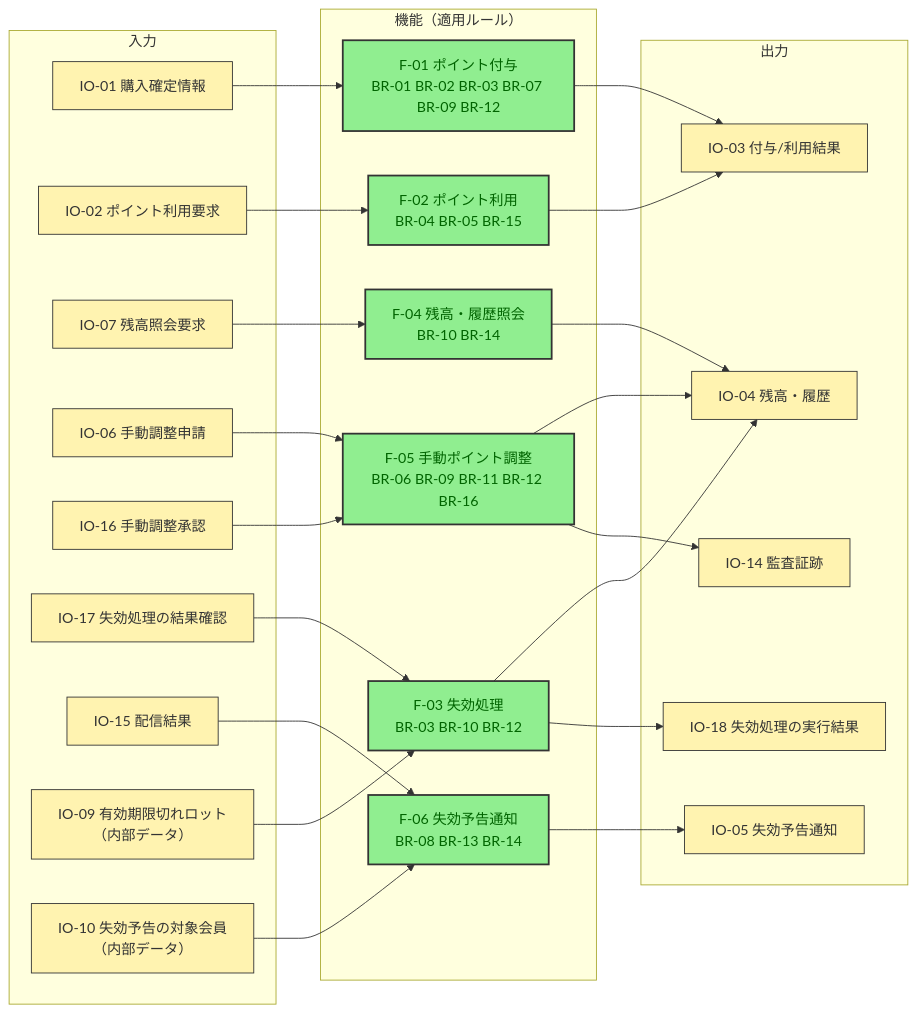
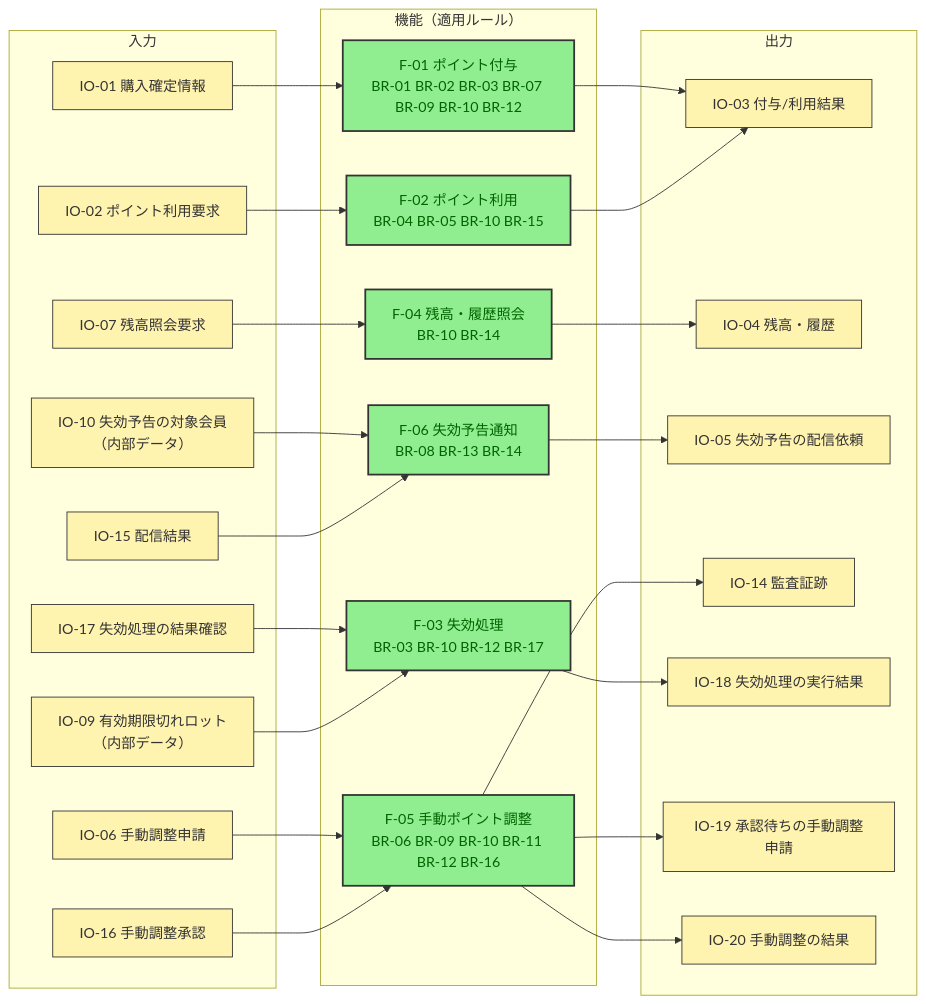
Before and after one commit to kasiopeiya/claude-dev-template: the ninth of 15 diagrams in samples/docs/requirements.md, drawn with Mermaid. The commit also changed other lines of this file, not shown here.

````diff
--- a/samples/docs/requirements.md
+++ b/samples/docs/requirements.md
@@ -827,48 +873,51 @@
 ```mermaid
 flowchart LR
     subgraph IN["入力"]
         io1["IO-01 購入確定情報"]
         io2["IO-02 ポイント利用要求"]
         io7["IO-07 残高照会要求"]
         io6["IO-06 手動調整申請"]
         io16["IO-16 手動調整承認"]
         io17["IO-17 失効処理の結果確認"]
         io15["IO-15 配信結果"]
         d1["IO-09 有効期限切れロット<br/>（内部データ）"]
         d2["IO-10 失効予告の対象会員<br/>（内部データ）"]
     end
 
     subgraph FUNC["機能（適用ルール）"]
-        f1["F-01 ポイント付与<br/>BR-01 BR-02 BR-03 BR-07 BR-09 BR-12"]
-        f2["F-02 ポイント利用<br/>BR-04 BR-05 BR-15"]
+        f1["F-01 ポイント付与<br/>BR-01 BR-02 BR-03 BR-07 BR-09 BR-10 BR-12"]
+        f2["F-02 ポイント利用<br/>BR-04 BR-05 BR-10 BR-15"]
         f4["F-04 残高・履歴照会<br/>BR-10 BR-14"]
-        f5["F-05 手動ポイント調整<br/>BR-06 BR-09 BR-11 BR-12 BR-16"]
-        f3["F-03 失効処理<br/>BR-03 BR-10 BR-12"]
+        f5["F-05 手動ポイント調整<br/>BR-06 BR-09 BR-10 BR-11 BR-12 BR-16"]
+        f3["F-03 失効処理<br/>BR-03 BR-10 BR-12 BR-17"]
         f6["F-06 失効予告通知<br/>BR-08 BR-13 BR-14"]
     end
 
     subgraph OUT["出力"]
         io3["IO-03 付与/利用結果"]
         io4["IO-04 残高・履歴"]
-        io5["IO-05 失効予告通知"]
+        io5["IO-05 失効予告の配信依頼"]
         io14["IO-14 監査証跡"]
         io18["IO-18 失効処理の実行結果"]
+        io19["IO-19 承認待ちの手動調整申請"]
+        io20["IO-20 手動調整の結果"]
     end
 
     io1 --> f1 --> io3
     io2 --> f2 --> io3
     io7 --> f4 --> io4
-    io6 --> f5 --> io4
+    io6 --> f5 --> io20
+    f5 --> io19
     io16 --> f5
     io17 --> f3
     f5 --> io14
-    d1 --> f3 --> io4
+    d1 --> f3
     f3 --> io18
     d2 --> f6 --> io5
     io15 --> f6
 
     classDef io fill:#FFF3B0,stroke:#333,stroke-width:1px,color:#333
     classDef func fill:#90EE90,stroke:#333,stroke-width:2px,color:darkgreen
-    class io1,io2,io6,io7,io15,io16,io17,d1,d2,io3,io4,io5,io14,io18 io
+    class io1,io2,io6,io7,io15,io16,io17,d1,d2,io3,io4,io5,io14,io18,io19,io20 io
     class f1,f2,f3,f4,f5,f6 func
 ```
````
